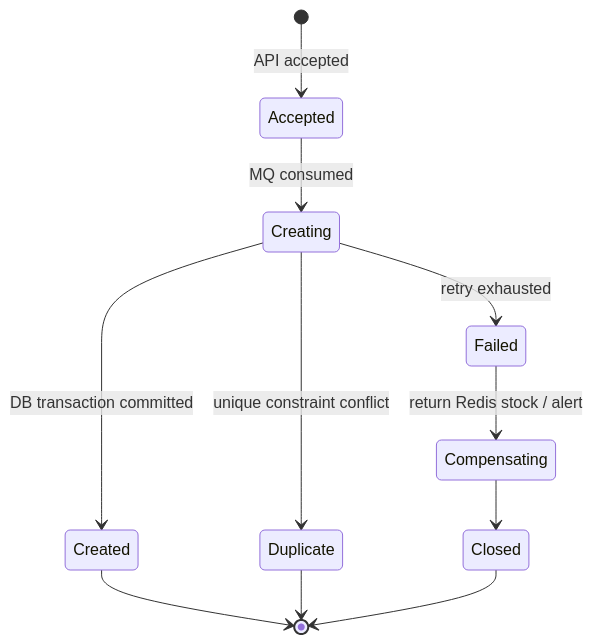
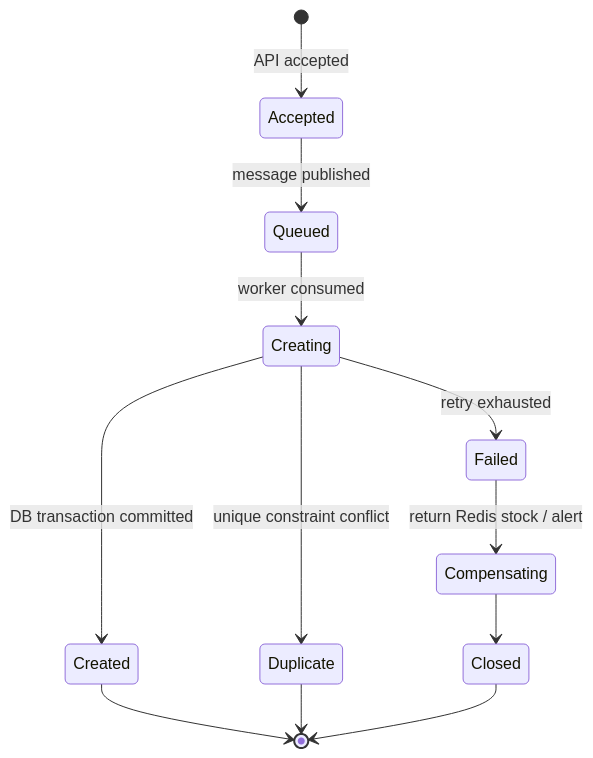
One commit to AmazingCaddy/readings-backend changed the third of 5 diagrams in docs/practice/high-concurrency-order-system.md. Above: the diagram before and after it, drawn with Mermaid. The commit also changed other lines of this file, not shown here.

````diff
--- a/docs/practice/high-concurrency-order-system.md
+++ b/docs/practice/high-concurrency-order-system.md
@@ -101,13 +95,14 @@
 ```mermaid
 stateDiagram-v2
     [*] --> Accepted: API accepted
-    Accepted --> Creating: MQ consumed
+    Accepted --> Queued: message published
+    Queued --> Creating: worker consumed
     Creating --> Created: DB transaction committed
     Creating --> Duplicate: unique constraint conflict
     Creating --> Failed: retry exhausted
     Failed --> Compensating: return Redis stock / alert
     Compensating --> Closed
     Created --> [*]
     Duplicate --> [*]
     Closed --> [*]
 ```
````
